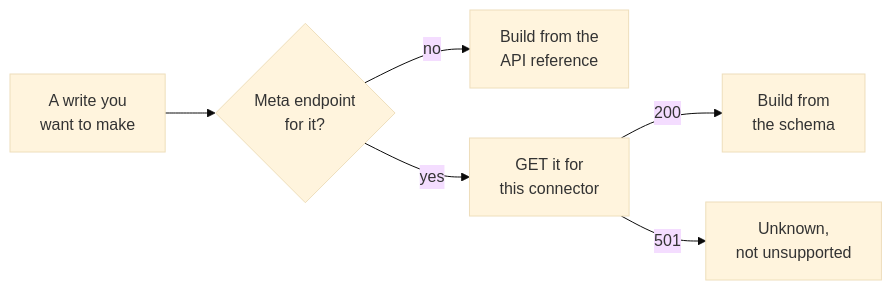
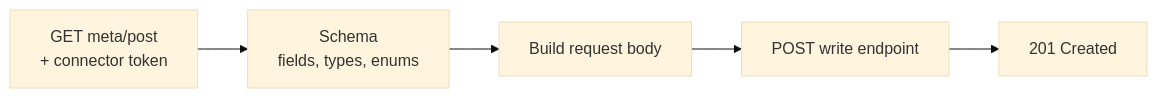
Before and after one commit to kaval1810/bindbee-docs-test: the first of 2 diagrams in guides/reading-writing/meta-apis.mdx, drawn with Mermaid (base theme). The commit also changed other lines of this file and 2 other files, not shown here.

First line of the commit message:
Sync manual edits to meta-apis, webhooks and record-identity

````diff
--- a/guides/reading-writing/meta-apis.mdx
+++ b/guides/reading-writing/meta-apis.mdx
@@ -91,8 +12,7 @@
 ```mermaid
 flowchart LR
-    W["A write you<br/>want to make"] --> Q{"Meta endpoint<br/>for it?"}
-    Q -- no --> REF["Build from the<br/>API reference"]
-    Q -- yes --> G["GET it for<br/>this connector"]
-    G -- "200" --> S["Build from<br/>the schema"]
-    G -- "501" --> U["Unknown,<br/>not unsupported"]
+    A["GET meta/post<br/>+ connector token"] --> B["Schema<br/>fields, types, enums"]
+    B --> C["Build request body"]
+    C --> D["POST write endpoint"]
+    D --> E["201 Created"]
 ```
````
